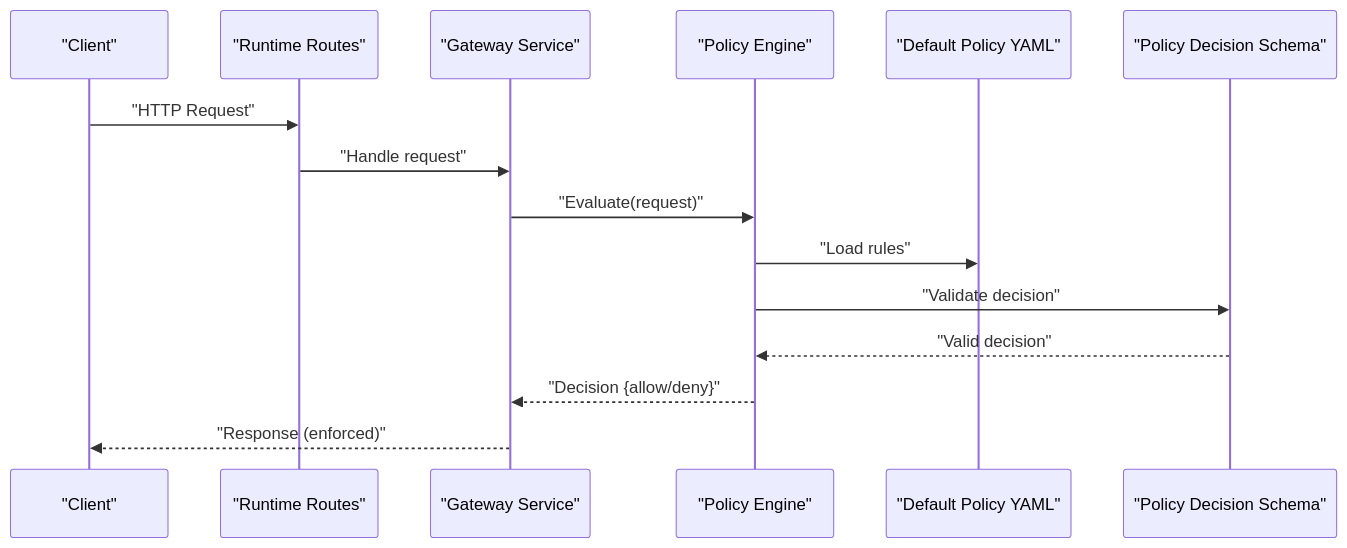
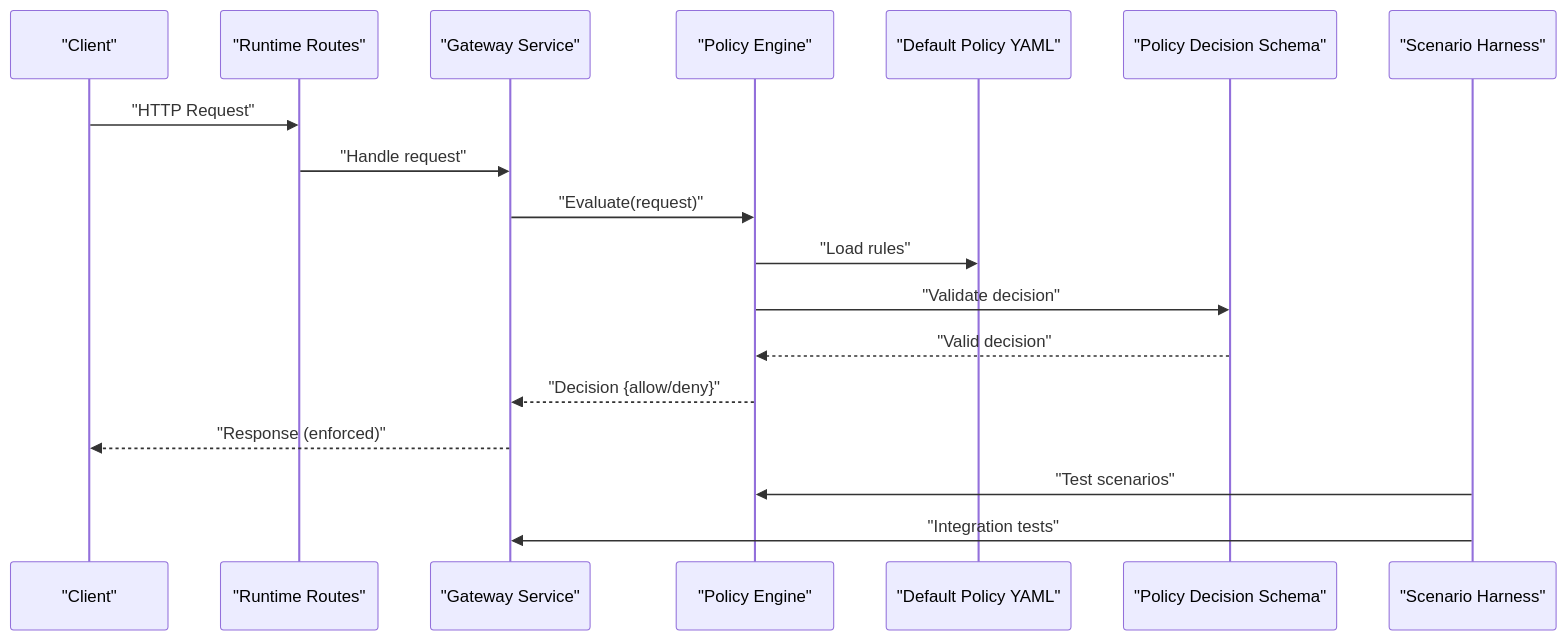
The second of 7 diagrams in .qoder/repowiki/en/content/Policy Management/Policy Testing and Validation.md (metasync/luban-aiops), drawn with Mermaid before and after one commit. The commit also changed other lines of this file and 16 other files, not shown here.

````diff
--- a/.qoder/repowiki/en/content/Policy Management/Policy Testing and Validation.md
+++ b/.qoder/repowiki/en/content/Policy Management/Policy Testing and Validation.md
@@ -114,17 +158,20 @@
 ```mermaid
 sequenceDiagram
 participant Client as "Client"
 participant Routes as "Runtime Routes"
 participant Gateway as "Gateway Service"
 participant Engine as "Policy Engine"
 participant PolicyFile as "Default Policy YAML"
 participant Schema as "Policy Decision Schema"
+participant Scenarios as "Scenario Harness"
 Client->>Routes : "HTTP Request"
 Routes->>Gateway : "Handle request"
 Gateway->>Engine : "Evaluate(request)"
 Engine->>PolicyFile : "Load rules"
 Engine->>Schema : "Validate decision"
 Schema-->>Engine : "Valid decision"
 Engine-->>Gateway : "Decision {allow/deny}"
 Gateway-->>Client : "Response (enforced)"
+Scenarios->>Engine : "Test scenarios"
+Scenarios->>Gateway : "Integration tests"
 ```
````
